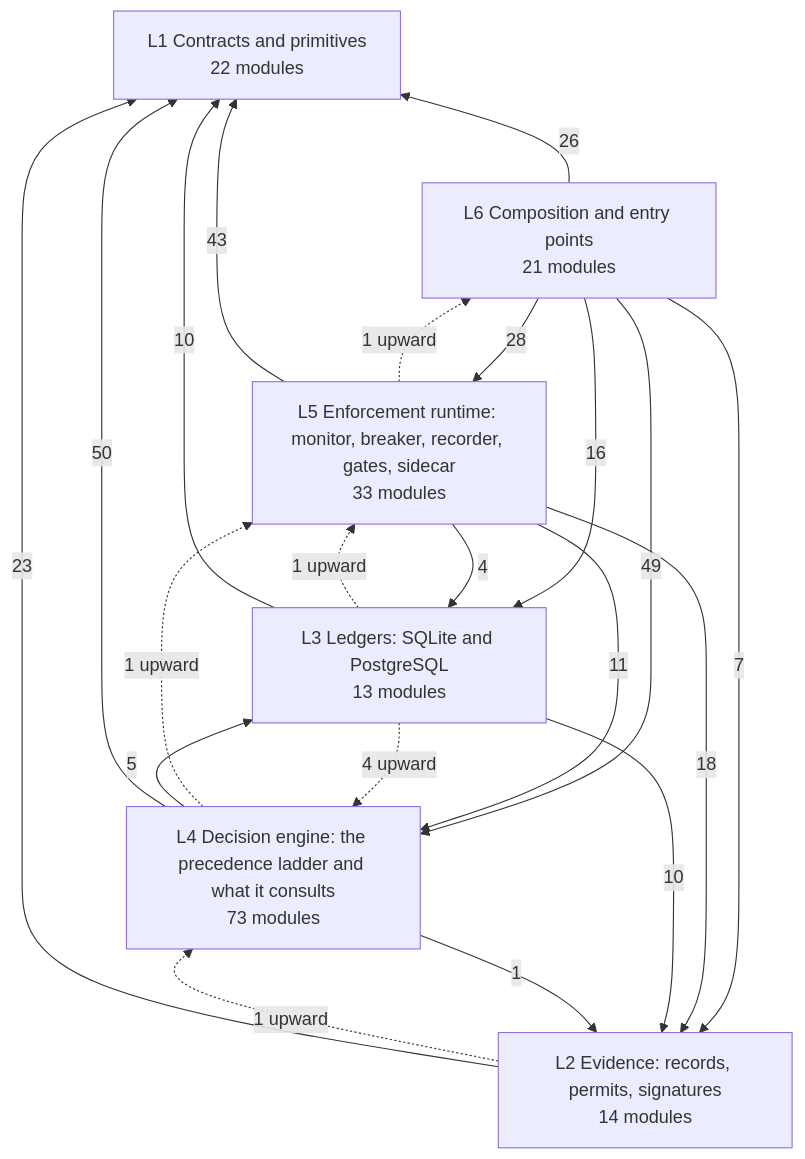
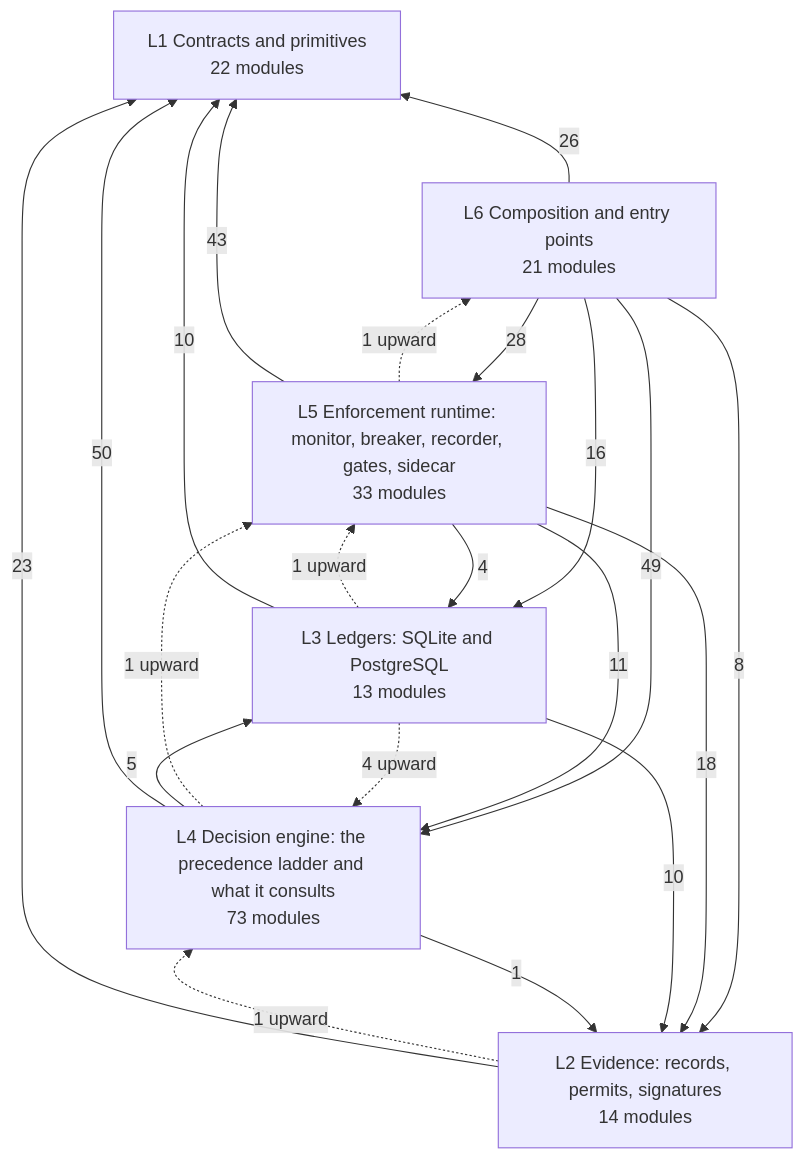
The diagram in docs/architecture/DEPENDENCIES.md (LOLA0786/privatevault-agent-dna), drawn with Mermaid before and after one commit. The commit also changed other lines of this file and 17 other files, not shown here.

````diff
--- a/docs/architecture/DEPENDENCIES.md
+++ b/docs/architecture/DEPENDENCIES.md
@@ -12,29 +12,29 @@
 ```mermaid
 flowchart BT
   L1["L1 Contracts and primitives<br/>22 modules"]
   L2["L2 Evidence: records, permits, signatures<br/>14 modules"]
   L3["L3 Ledgers: SQLite and PostgreSQL<br/>13 modules"]
   L4["L4 Decision engine: the precedence ladder and what it consults<br/>73 modules"]
   L5["L5 Enforcement runtime: monitor, breaker, recorder, gates, sidecar<br/>33 modules"]
   L6["L6 Composition and entry points<br/>21 modules"]
   L2 -->|23| L1
   L3 -->|10| L1
   L3 -->|10| L2
   L4 -->|50| L1
   L4 -->|1| L2
   L4 -->|5| L3
   L5 -->|43| L1
   L5 -->|18| L2
   L5 -->|4| L3
   L5 -->|11| L4
   L6 -->|26| L1
-  L6 -->|7| L2
+  L6 -->|8| L2
   L6 -->|16| L3
   L6 -->|49| L4
   L6 -->|28| L5
   L2 -.->|1 upward| L4
   L3 -.->|4 upward| L4
   L3 -.->|1 upward| L5
   L4 -.->|1 upward| L5
   L5 -.->|1 upward| L6
 ```
````
